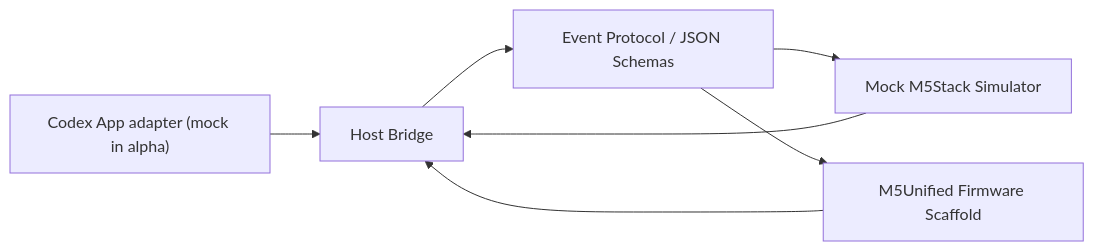
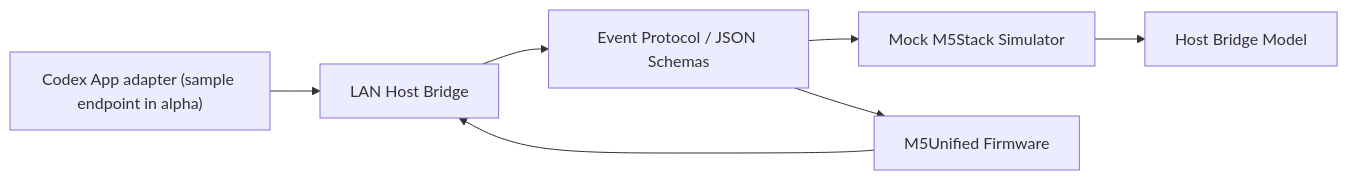
One commit to Sunmax0731/m5stack-codex-pet-notifier changed the diagram in docs/architecture.md. Above: the diagram before and after it, drawn with Mermaid. The commit also changed other lines of this file and 31 other files, not shown here.

Commit message:
Complete alpha2 LAN host bridge firmware flow

````diff
--- a/docs/architecture.md
+++ b/docs/architecture.md
@@ -3,9 +3,9 @@
 ```mermaid
 flowchart LR
-  Codex["Codex App adapter (mock in alpha)"] --> Bridge["Host Bridge"]
+  Codex["Codex App adapter (sample endpoint in alpha)"] --> Bridge["LAN Host Bridge"]
   Bridge --> Protocol["Event Protocol / JSON Schemas"]
   Protocol --> Simulator["Mock M5Stack Simulator"]
-  Protocol --> Firmware["M5Unified Firmware Scaffold"]
-  Simulator --> Bridge
+  Protocol --> Firmware["M5Unified Firmware"]
+  Simulator --> Model["Host Bridge Model"]
   Firmware --> Bridge
 ```
````
